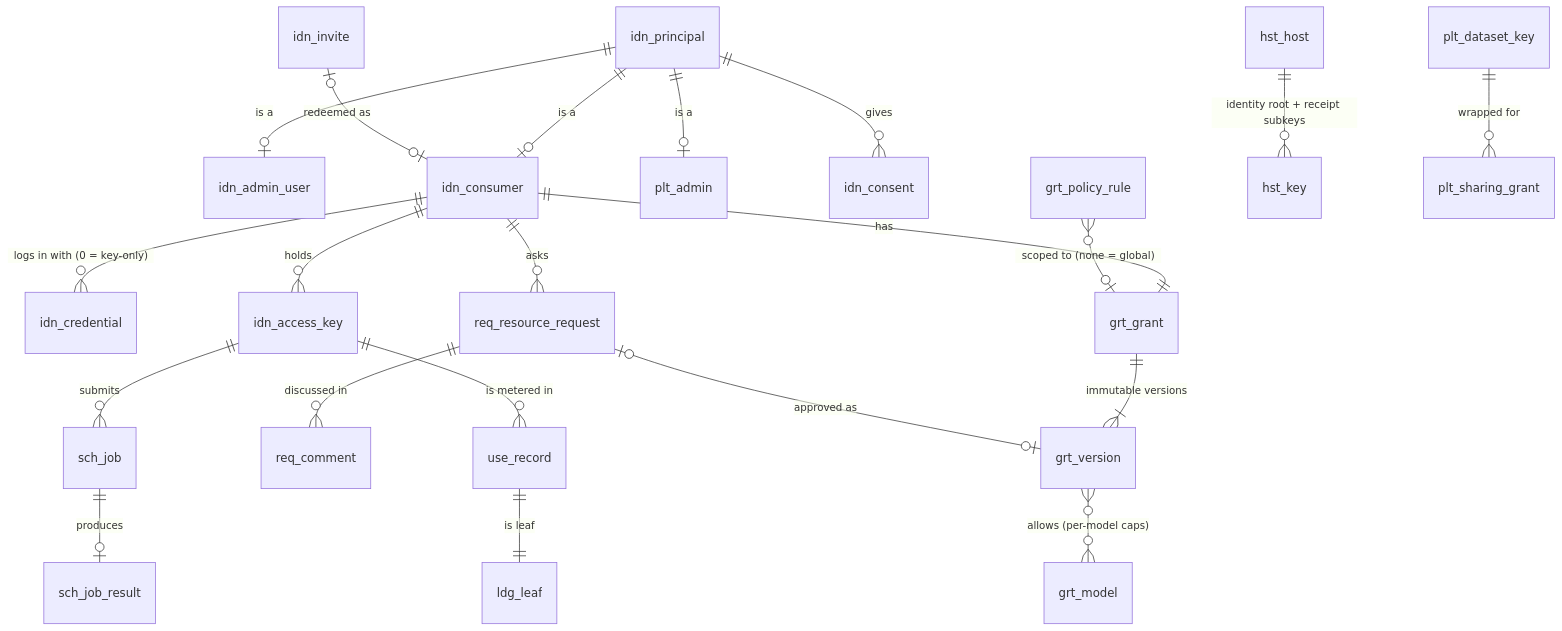
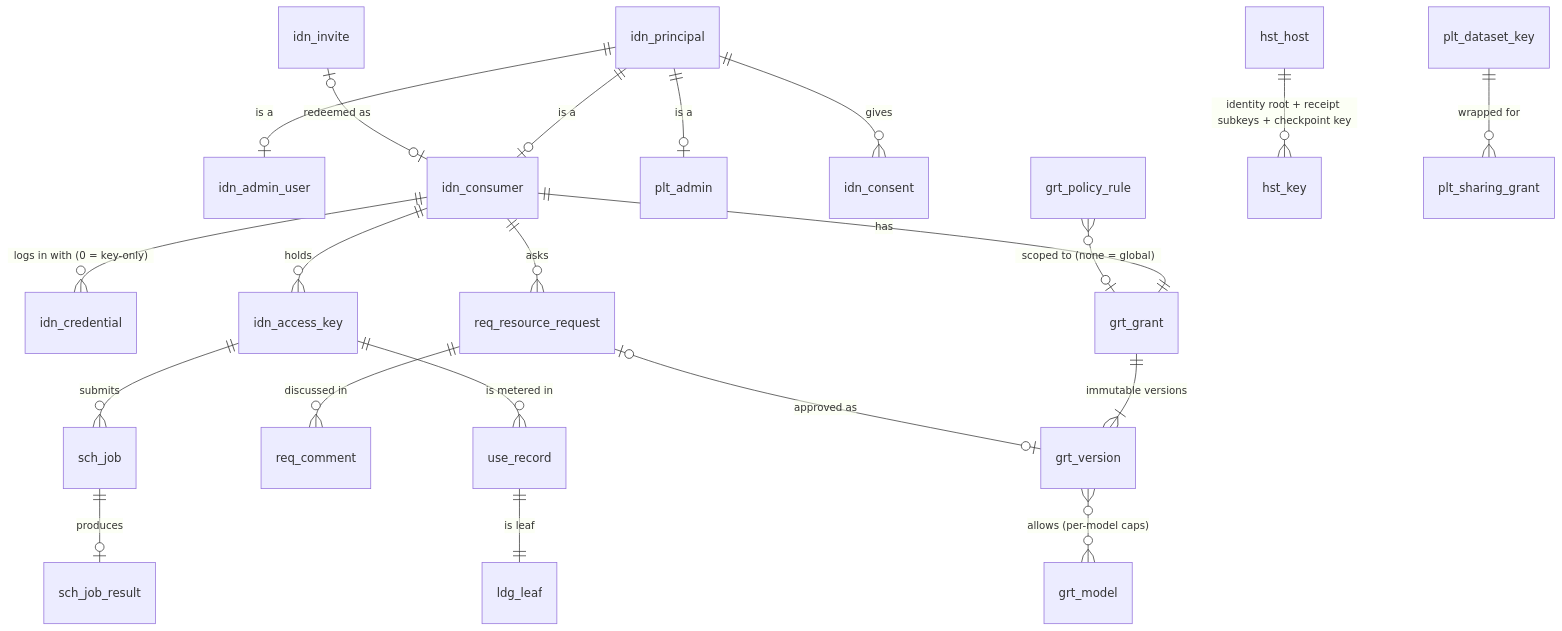
The first of 10 diagrams in docs/design_docs/lld.md (inCoderKaka/local-server), drawn with Mermaid before and after one commit. The commit also changed other lines of this file and 7 other files, not shown here.

````diff
--- a/docs/design_docs/lld.md
+++ b/docs/design_docs/lld.md
@@ -103,23 +104,23 @@
 ```mermaid
 erDiagram
   idn_principal ||--o| idn_admin_user : "is a"
   idn_principal ||--o| idn_consumer : "is a"
   idn_principal ||--o| plt_admin : "is a"
   idn_principal ||--o{ idn_consent : "gives"
   idn_consumer ||--o{ idn_credential : "logs in with (0 = key-only)"
   idn_consumer ||--o{ idn_access_key : "holds"
   idn_invite |o--o| idn_consumer : "redeemed as"
   idn_consumer ||--|| grt_grant : "has"
   grt_grant ||--|{ grt_version : "immutable versions"
   grt_version }o--o{ grt_model : "allows (per-model caps)"
   grt_policy_rule }o--o| grt_grant : "scoped to (none = global)"
   idn_consumer ||--o{ req_resource_request : "asks"
   req_resource_request ||--o{ req_comment : "discussed in"
   req_resource_request |o--o| grt_version : "approved as"
   idn_access_key ||--o{ sch_job : "submits"
   sch_job ||--o| sch_job_result : "produces"
   idn_access_key ||--o{ use_record : "is metered in"
   use_record ||--|| ldg_leaf : "is leaf"
-  hst_host ||--o{ hst_key : "identity root + receipt subkeys"
+  hst_host ||--o{ hst_key : "identity root + receipt subkeys + checkpoint key"
   plt_dataset_key ||--o{ plt_sharing_grant : "wrapped for"
 ```
````
